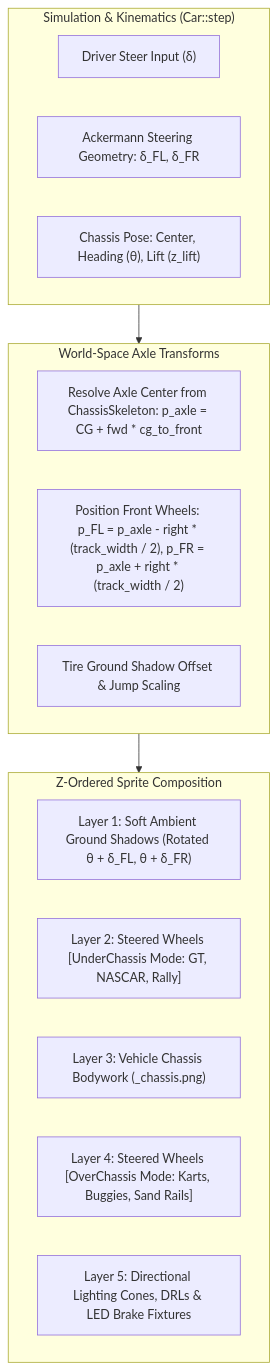
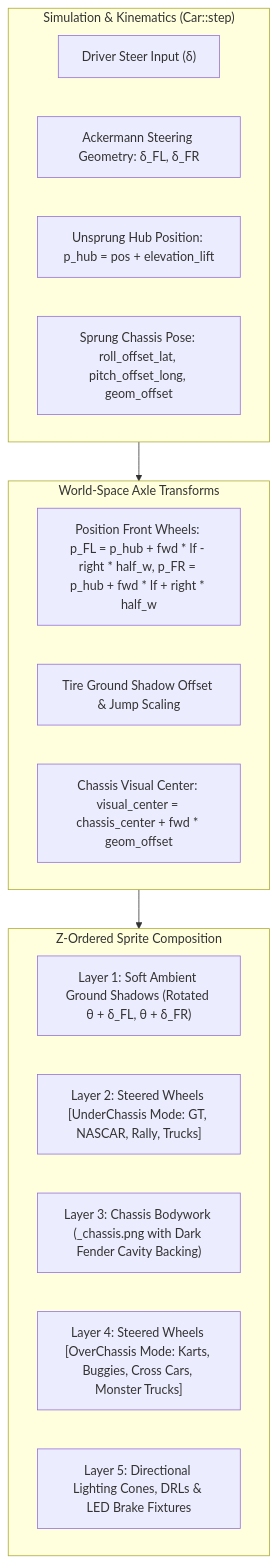
The diagram in specs/091_global_prebaked_vehicle_steered_wheel_articulation.md (magomar/tdrace), drawn with Mermaid before and after one commit. The commit also changed other lines of this file and 2 other files, not shown here.

Commit message:
docs(spec-091): align steered wheel articulation with spec 094 platforms, geometric cutout offset, and suspension cavity backing (tdrace-a2ht)

````diff
--- a/specs/091_global_prebaked_vehicle_steered_wheel_articulation.md
+++ b/specs/091_global_prebaked_vehicle_steered_wheel_articulation.md
@@ -32,24 +32,25 @@
 ```mermaid
 flowchart TD
     subgraph Physics ["Simulation & Kinematics (Car::step)"]
         A["Driver Steer Input (δ)"]
         B["Ackermann Steering Geometry: δ_FL, δ_FR"]
-        C["Chassis Pose: Center, Heading (θ), Lift (z_lift)"]
+        C["Unsprung Hub Position: p_hub = pos + elevation_lift"]
+        D["Sprung Chassis Pose: roll_offset_lat, pitch_offset_long, geom_offset"]
     end
 
     subgraph Geometry ["World-Space Axle Transforms"]
-        D["Resolve Axle Center from ChassisSkeleton: p_axle = CG + fwd * cg_to_front"]
-        E["Position Front Wheels: p_FL = p_axle - right * (track_width / 2), p_FR = p_axle + right * (track_width / 2)"]
+        E["Position Front Wheels: p_FL = p_hub + fwd * lf - right * half_w, p_FR = p_hub + fwd * lf + right * half_w"]
         F["Tire Ground Shadow Offset & Jump Scaling"]
+        G["Chassis Visual Center: visual_center = chassis_center + fwd * geom_offset"]
     end
 
     subgraph Rendering ["Z-Ordered Sprite Composition"]
-        G["Layer 1: Soft Ambient Ground Shadows (Rotated θ + δ_FL, θ + δ_FR)"]
-        H["Layer 2: Steered Wheels [UnderChassis Mode: GT, NASCAR, Rally]"]
-        I["Layer 3: Vehicle Chassis Bodywork (<model_id>_chassis.png)"]
-        J["Layer 4: Steered Wheels [OverChassis Mode: Karts, Buggies, Sand Rails]"]
-        K["Layer 5: Directional Lighting Cones, DRLs & LED Brake Fixtures"]
+        H["Layer 1: Soft Ambient Ground Shadows (Rotated θ + δ_FL, θ + δ_FR)"]
+        I["Layer 2: Steered Wheels [UnderChassis Mode: GT, NASCAR, Rally, Trucks]"]
+        J["Layer 3: Chassis Bodywork (<model_id>_chassis.png with Dark Fender Cavity Backing)"]
+        K["Layer 4: Steered Wheels [OverChassis Mode: Karts, Buggies, Cross Cars, Monster Trucks]"]
+        L["Layer 5: Directional Lighting Cones, DRLs & LED Brake Fixtures"]
     end
 
     Physics --> Geometry --> Rendering
 ```
````
